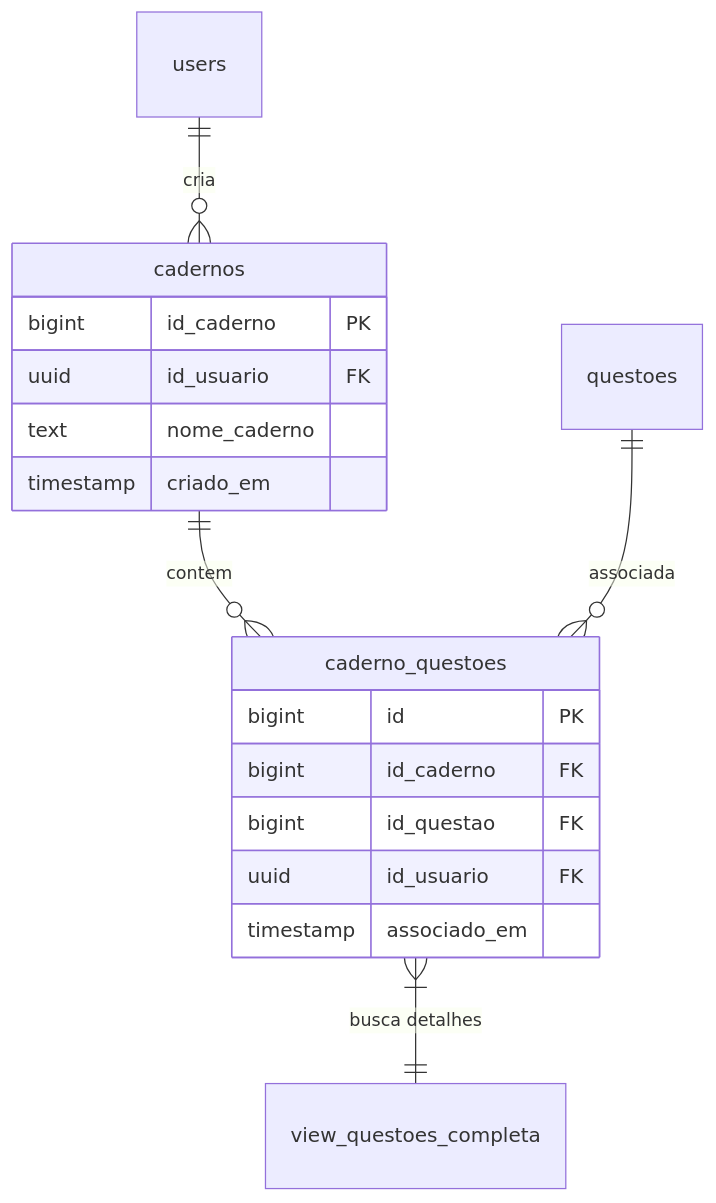
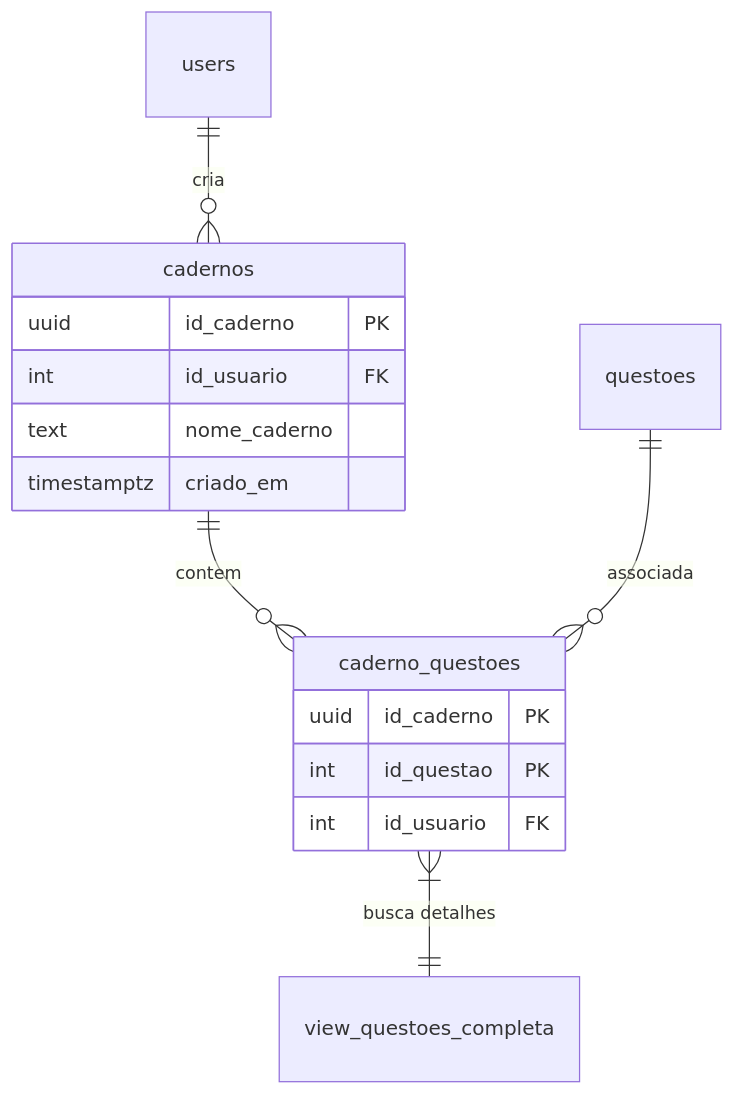
Before and after one commit to thierry-moreira/gabaritei-questoes: the first of 2 diagrams in docs/rotas/caderno.md, drawn with Mermaid. The commit also changed other lines of this file and 37 other files, not shown here.

````diff
--- a/docs/rotas/caderno.md
+++ b/docs/rotas/caderno.md
@@ -11,22 +11,20 @@
 ```mermaid
 erDiagram
     users ||--o{ cadernos : "cria"
     cadernos ||--o{ caderno_questoes : "contem"
     questoes ||--o{ caderno_questoes : "associada"
     caderno_questoes }|--|| view_questoes_completa : "busca detalhes"
 
     cadernos {
-        bigint id_caderno PK
-        uuid id_usuario FK
+        uuid id_caderno PK
+        int id_usuario FK
         text nome_caderno
-        timestamp criado_em
+        timestamptz criado_em
     }
 
     caderno_questoes {
-        bigint id PK
-        bigint id_caderno FK
-        bigint id_questao FK
-        uuid id_usuario FK
-        timestamp associado_em
+        uuid id_caderno PK
+        int id_questao PK
+        int id_usuario FK
     }
 ```
````
